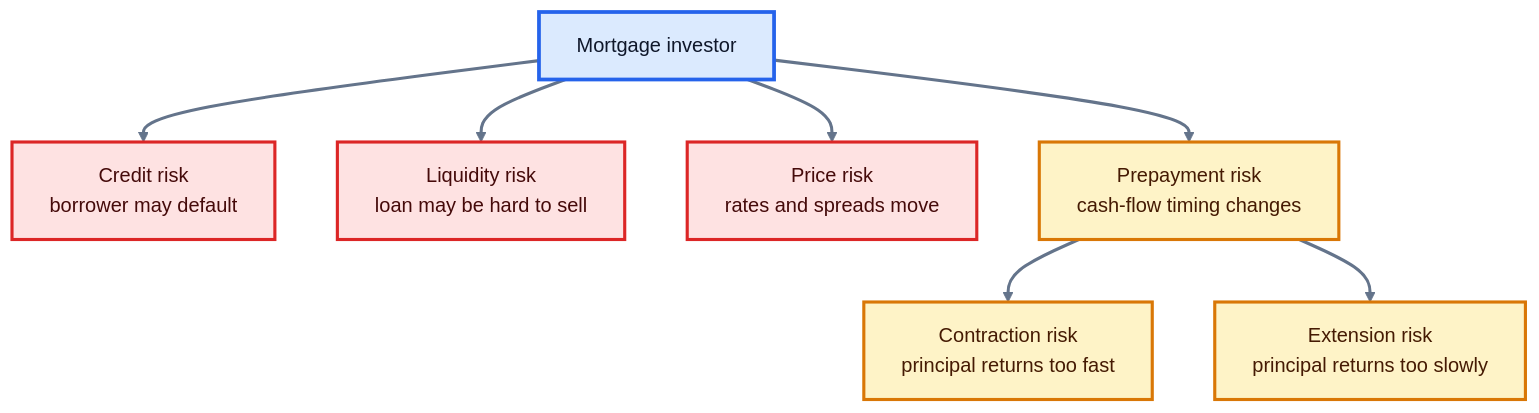
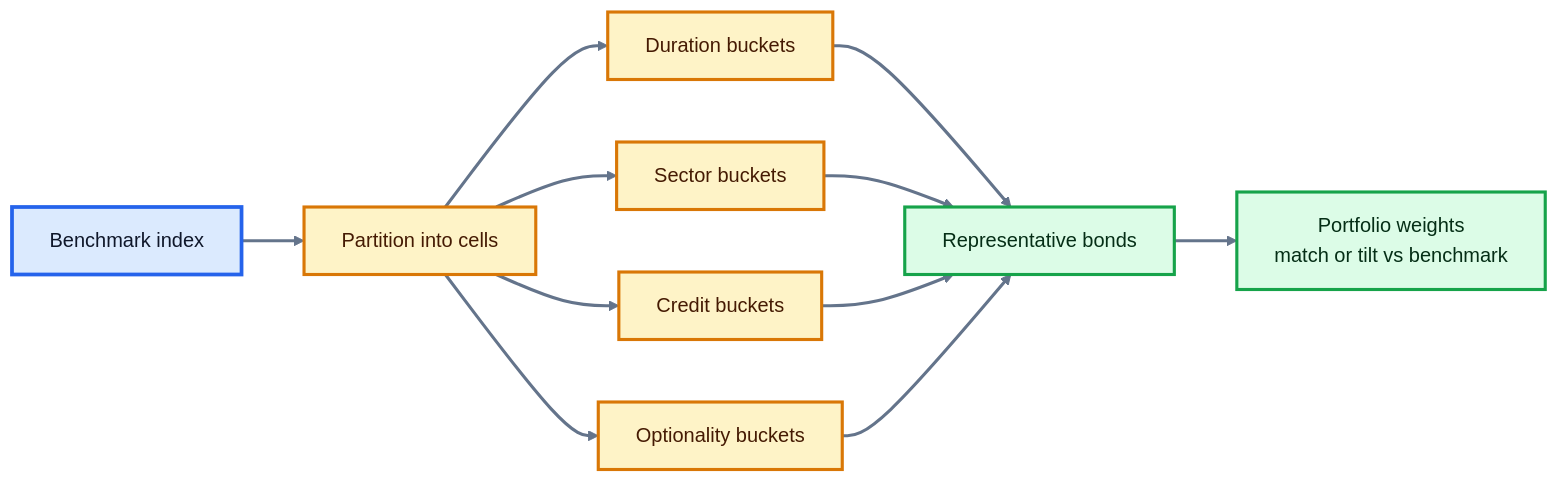
The second of 4 diagrams in lecture_notes/lec6.qmd (AliBoloor/BUS411), drawn with Mermaid before and after one commit. The commit also changed other lines of this file and 1 other file, not shown here.

````diff
--- a/lecture_notes/lec6.qmd
+++ b/lecture_notes/lec6.qmd
@@ -360,17 +377,21 @@
 ```{mermaid}
 %%{init: {"theme": "base", "themeVariables": {"fontFamily": "Inter, Arial, sans-serif", "lineColor": "#64748b"}}}%%
-flowchart TB
-  A["Mortgage investor"] --> B["Credit risk<br/>borrower may default"]
-  A --> C["Liquidity risk<br/>loan may be hard to sell"]
-  A --> D["Price risk<br/>rates and spreads move"]
-  A --> E["Prepayment risk<br/>cash-flow timing changes"]
-  E --> F["Contraction risk<br/>principal returns too fast"]
-  E --> G["Extension risk<br/>principal returns too slowly"]
-  classDef investor fill:#dbeafe,stroke:#2563eb,stroke-width:3px,color:#0f172a;
-  classDef risk fill:#fee2e2,stroke:#dc2626,stroke-width:2.5px,color:#450a0a;
-  classDef timing fill:#fef3c7,stroke:#d97706,stroke-width:2.5px,color:#451a03;
-  class A investor;
-  class B,C,D risk;
-  class E,F,G timing;
+flowchart LR
+  A["Benchmark index"] --> B["Partition into cells"]
+  B --> C["Duration buckets"]
+  B --> D["Sector buckets"]
+  B --> E["Credit buckets"]
+  B --> F["Optionality buckets"]
+  C --> G["Representative bonds"]
+  D --> G
+  E --> G
+  F --> G
+  G --> H["Portfolio weights<br/>match or tilt vs benchmark"]
+  classDef root fill:#dbeafe,stroke:#2563eb,stroke-width:3px,color:#0f172a;
+  classDef cell fill:#fef3c7,stroke:#d97706,stroke-width:2.5px,color:#451a03;
+  classDef portfolio fill:#dcfce7,stroke:#16a34a,stroke-width:2.5px,color:#052e16;
+  class A root;
+  class B,C,D,E,F cell;
+  class G,H portfolio;
   linkStyle default stroke:#64748b,stroke-width:2.5px;
 ```
````
